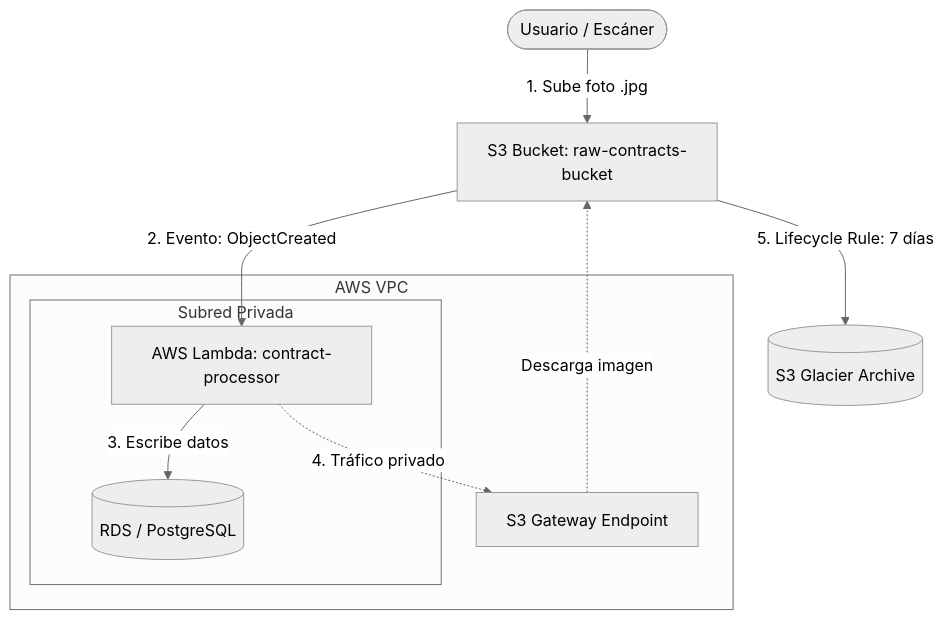
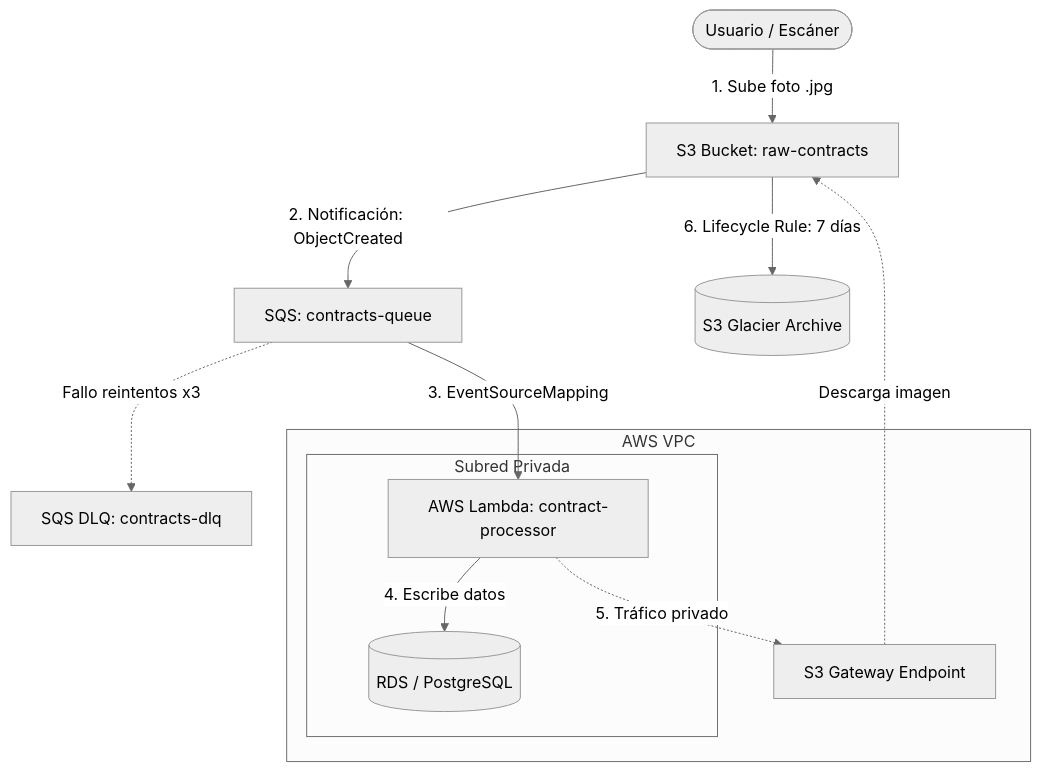
One commit to felincre/proyecto-final changed the first of 2 diagrams in docs/plan-de-migracion.md. Above: the diagram before and after it, drawn with Mermaid (neutral theme). The commit also changed other lines of this file and 5 other files, not shown here.

First line of the commit message:
docs: sincronizar diagramas, corregir ADR 005 y actualizar README

````diff
--- a/docs/plan-de-migracion.md
+++ b/docs/plan-de-migracion.md
@@ -21,17 +21,19 @@
 ```mermaid
 graph TD
-    User([Usuario / Escáner]) -->|1. Sube foto .jpg| S3Raw[S3 Bucket: raw-contracts-bucket]
-    S3Raw -->|2. Evento: ObjectCreated| Lambda[AWS Lambda: contract-processor]
+    User([Usuario / Escáner]) -->|1. Sube foto .jpg| S3Raw[S3 Bucket: raw-contracts]
+    S3Raw -->|2. Notificación: ObjectCreated| SQS[SQS: contracts-queue]
+    SQS -.->|Fallo reintentos x3| DLQ[SQS DLQ: contracts-dlq]
+    SQS -->|3. EventSourceMapping| Lambda[AWS Lambda: contract-processor]
     
     subgraph VPC [AWS VPC]
         subgraph SubnetPrivada [Subred Privada]
             Lambda
             RDS[(RDS / PostgreSQL)]
         end
-        Lambda -->|3. Escribe datos| RDS
-        Lambda -.->|4. Tráfico privado| S3Endpoint[S3 Gateway Endpoint]
+        Lambda -->|4. Escribe datos| RDS
+        Lambda -.->|5. Tráfico privado| S3Endpoint[S3 Gateway Endpoint]
     end
     
     S3Endpoint -.->|Descarga imagen| S3Raw
-    S3Raw -->|5. Lifecycle Rule: 7 días| Glacier[(S3 Glacier Archive)]
+    S3Raw -->|6. Lifecycle Rule: 7 días| Glacier[(S3 Glacier Archive)]
 ```
````
